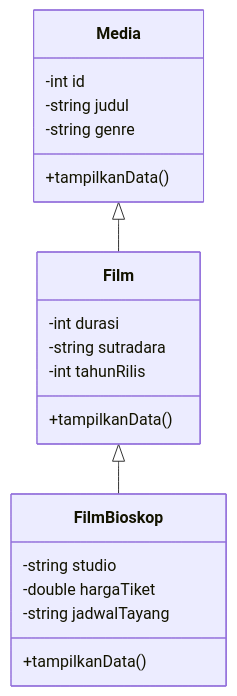
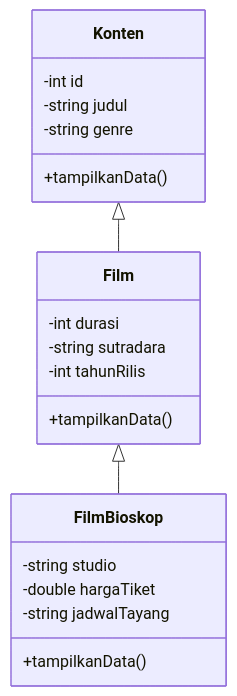
The diagram in plan.md (Zidane-m/TP2DPBO2526C2), drawn with Mermaid before and after one commit. The commit also changed other lines of this file, not shown here.

````diff
--- a/plan.md
+++ b/plan.md
@@ -20,26 +20,26 @@
 ```mermaid
 classDiagram
-    Media <|-- Film
+    Konten <|-- Film
     Film <|-- FilmBioskop
 
-    class Media {
+    class Konten {
         -int id
         -string judul
         -string genre
         +tampilkanData()
     }
 
     class Film {
         -int durasi
         -string sutradara
         -int tahunRilis
         +tampilkanData()
     }
 
     class FilmBioskop {
         -string studio
         -double hargaTiket
         -string jadwalTayang
         +tampilkanData()
     }
 ```
````
